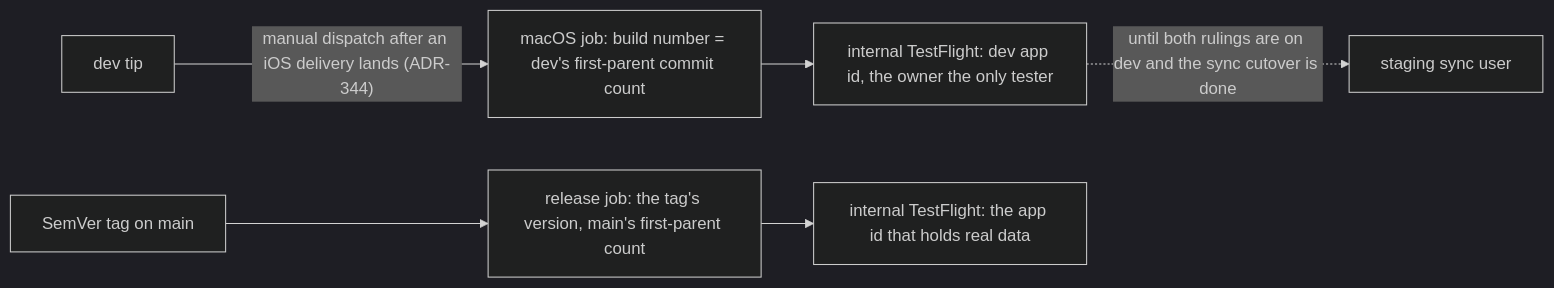
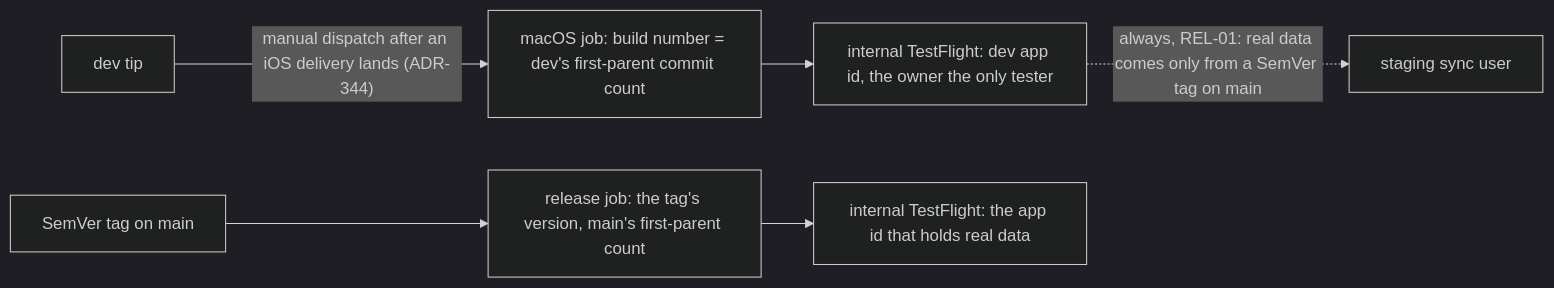
Before and after one commit to RexRenatus/deck-streak: the fifth of 5 diagrams in docs/schematics/app-clients-engine-and-sync.md, drawn with Mermaid (dark theme). The commit also changed 1 other file, not shown here.

Commit message:
docs(schematic): state REL-01 on the internal build's sync edge

````diff
--- a/docs/schematics/app-clients-engine-and-sync.md
+++ b/docs/schematics/app-clients-engine-and-sync.md
@@ -139,8 +139,8 @@
 ```mermaid
 flowchart LR
   devtip["dev tip"] -- "manual dispatch after an iOS delivery lands (ADR-344)" --> devjob["macOS job: build number = dev's first-parent commit count"]
   devjob --> internal["internal TestFlight: dev app id, the owner the only tester"]
-  internal -. "until both rulings are on dev and the sync cutover is done" .-> staging["staging sync user"]
+  internal -. "always, REL-01: real data comes only from a SemVer tag on main" .-> staging["staging sync user"]
   tag["SemVer tag on main"] --> release["release job: the tag's version, main's first-parent count"]
   release --> realapp["internal TestFlight: the app id that holds real data"]
 ```
````
